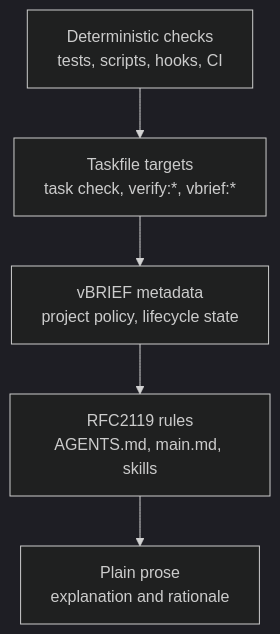
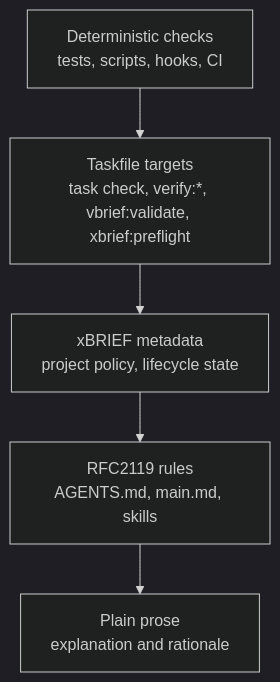
Before and after one commit to dbcall2/directive: the second of 7 diagrams in docs/ARCHITECTURE.md, drawn with Mermaid (dark theme). The commit also changed other lines of this file and 10 other files, not shown here.

````diff
--- a/docs/ARCHITECTURE.md
+++ b/docs/ARCHITECTURE.md
@@ -55,7 +57,7 @@
 ```mermaid
 flowchart TD
-    D["Deterministic checks<br/>tests, scripts, hooks, CI"] --> T["Taskfile targets<br/>task check, verify:*, vbrief:*"]
-    T --> V["vBRIEF metadata<br/>project policy, lifecycle state"]
+    D["Deterministic checks<br/>tests, scripts, hooks, CI"] --> T["Taskfile targets<br/>task check, verify:*, vbrief:validate, xbrief:preflight"]
+    T --> V["xBRIEF metadata<br/>project policy, lifecycle state"]
     V --> R["RFC2119 rules<br/>AGENTS.md, main.md, skills"]
     R --> P["Plain prose<br/>explanation and rationale"]
 ```
````
